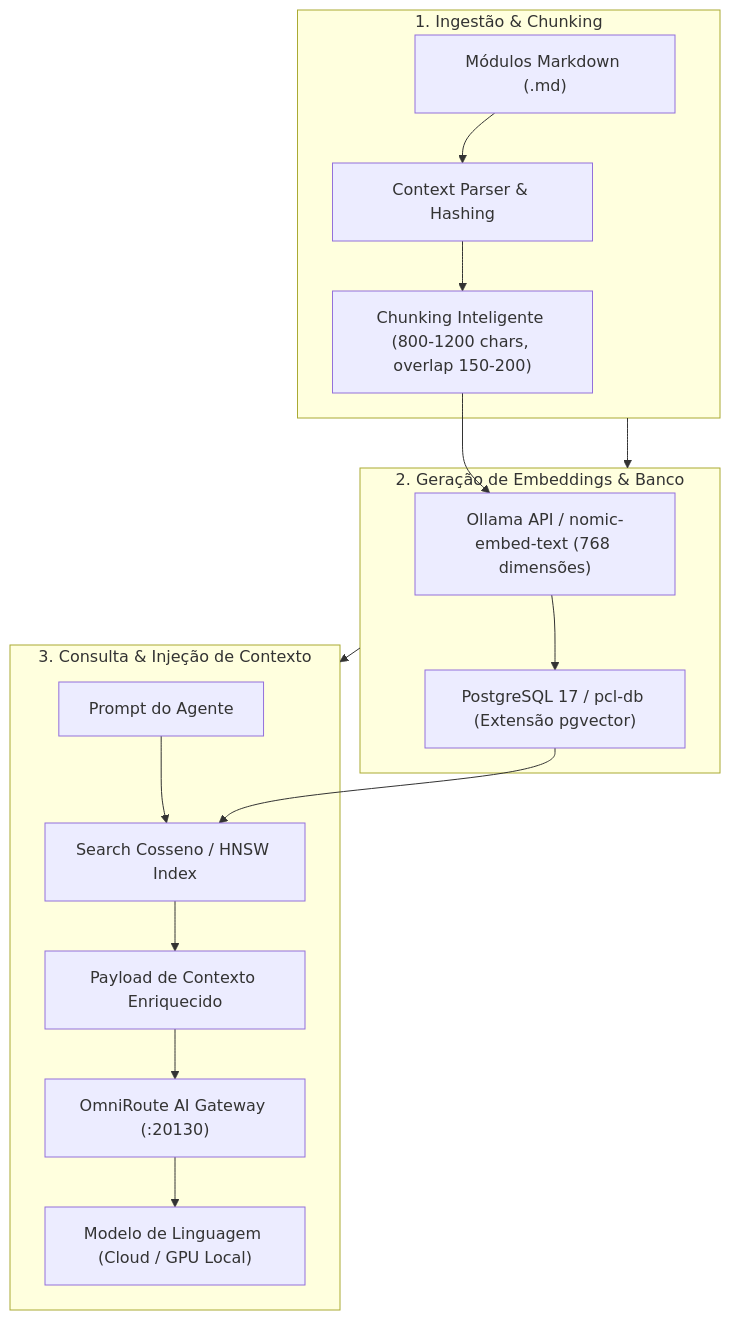
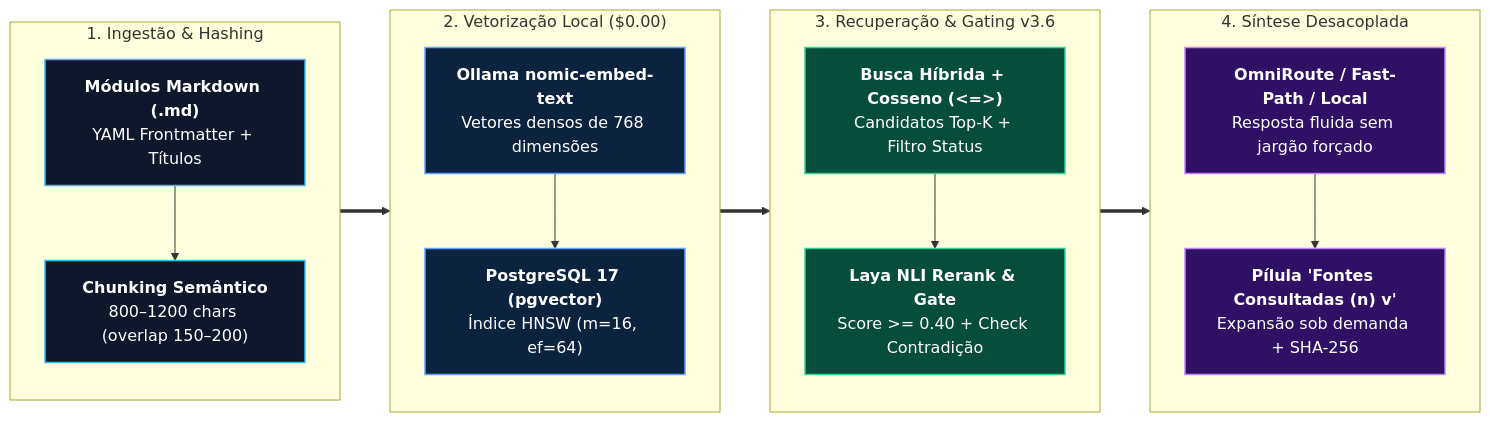
One commit to EnterDufter/PromptCoreLabs_AEOS changed the second of 3 diagrams in projects/Living Architecture PCL AEOS/docs/memory-rag/README.md. Above: the diagram before and after it, drawn with Mermaid. The commit also changed other lines of this file and 34 other files, not shown here.

First line of the commit message:
docs(aeos-v3.6): upgrade complete repository & Living Architecture portal with pure UTF-8, Dual-Track narrative & Cortex v7 diagrams

````diff
--- a/projects/Living Architecture PCL AEOS/docs/memory-rag/README.md
+++ b/projects/Living Architecture PCL AEOS/docs/memory-rag/README.md
@@ -75,23 +73,37 @@
 ```mermaid
-graph TD
-    subgraph IngestionPipeline["1. Ingestão & Chunking"]
-        SRC["Módulos Markdown (.md)"] --> PARSE["Context Parser & Hashing"]
-        PARSE --> CHUNK["Chunking Inteligente (800-1200 chars, overlap 150-200)"]
+flowchart LR
+    classDef ing fill:#0f172a,stroke:#38bdf8,stroke-width:1.5px,color:#ffffff;
+    classDef emb fill:#0c2340,stroke:#60a5fa,stroke-width:1.5px,color:#ffffff;
+    classDef ret fill:#064e3b,stroke:#34d399,stroke-width:1.5px,color:#ffffff;
+    classDef out fill:#2e1065,stroke:#c084fc,stroke-width:1.5px,color:#ffffff;
+
+    subgraph P1["1. Ingestão & Hashing"]
+        direction TB
+        SRC["<b>Módulos Markdown (.md)</b><br/>YAML Frontmatter + Títulos"]:::ing
+        CHUNK["<b>Chunking Semântico</b><br/>800–1200 chars (overlap 150–200)"]:::ing
+        SRC --> CHUNK
     end
 
-    subgraph EmbeddingPipeline["2. Geração de Embeddings & Banco"]
-        CHUNK --> EMBED["Ollama API / nomic-embed-text (768 dimensões)"]
-        EMBED --> PG["PostgreSQL 17 / pcl-db (Extensão pgvector)"]
+    subgraph P2["2. Vetorização Local ($0.00)"]
+        direction TB
+        EMBED["<b>Ollama nomic-embed-text</b><br/>Vetores densos de 768 dimensões"]:::emb
+        PG["<b>PostgreSQL 17 (pgvector)</b><br/>Índice HNSW (m=16, ef=64)"]:::emb
+        EMBED --> PG
     end
 
-    subgraph RetrievalPipeline["3. Consulta & Injeção de Contexto"]
-        USER["Prompt do Agente"] --> SIM["Search Cosseno / HNSW Index"]
-        PG --> SIM
-        SIM --> CTX["Payload de Contexto Enriquecido"]
-        CTX --> OMNI["OmniRoute AI Gateway (:20130)"]
-        OMNI --> LLM["Modelo de Linguagem (Cloud / GPU Local)"]
+    subgraph P3["3. Recuperação & Gating v3.6"]
+        direction TB
+        SIM["<b>Busca Híbrida + Cosseno (<=>)</b><br/>Candidatos Top-K + Filtro Status"]:::ret
+        LAYA["<b>Laya NLI Rerank & Gate</b><br/>Score >= 0.40 + Check Contradição"]:::ret
+        SIM --> LAYA
     end
 
-    IngestionPipeline --> EmbeddingPipeline
-    EmbeddingPipeline --> RetrievalPipeline
+    subgraph P4["4. Síntese Desacoplada"]
+        direction TB
+        GEN["<b>OmniRoute / Fast-Path / Local</b><br/>Resposta fluida sem jargão forçado"]:::out
+        PILL["<b>Pílula 'Fontes Consultadas (n) v'</b><br/>Expansão sob demanda + SHA-256"]:::out
+        GEN --> PILL
+    end
+
+    P1 ==> P2 ==> P3 ==> P4
 ```
````
